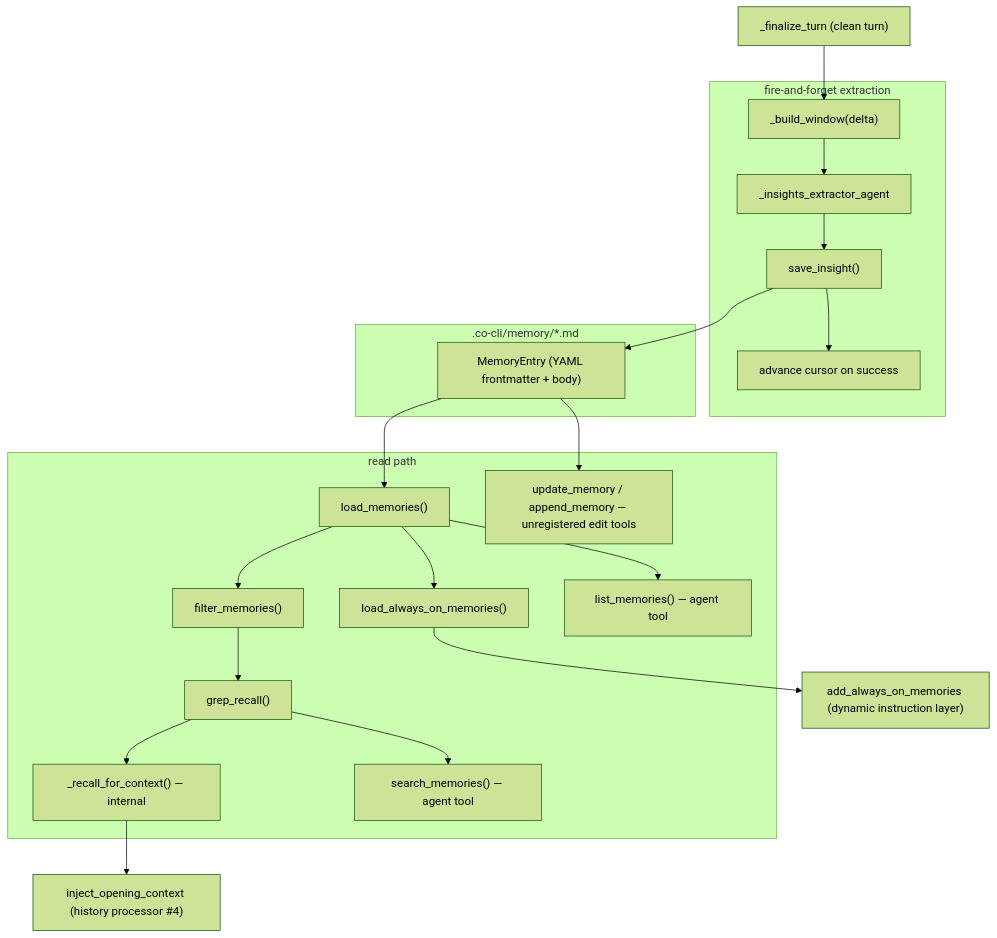
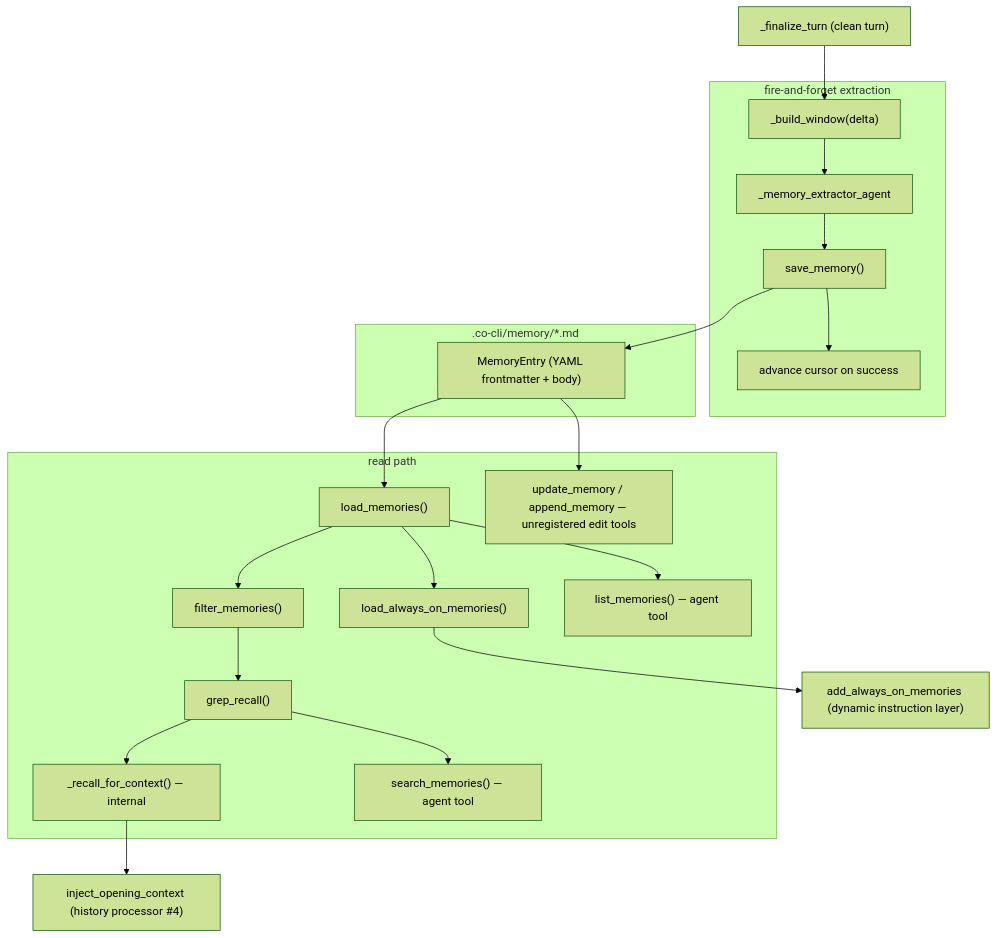
One commit to binlecode/co-cli changed the diagram in docs/specs/memory.md. Above: the diagram before and after it, drawn with Mermaid (forest theme). The commit also changed other lines of this file and 50 other files, not shown here.

````diff
--- a/docs/specs/memory.md
+++ b/docs/specs/memory.md
@@ -37,40 +34,40 @@
 ```mermaid
 flowchart TD
     Turn["_finalize_turn (clean turn)"]
 
     subgraph Extraction["fire-and-forget extraction"]
         Window["_build_window(delta)"]
-        Extractor["_insights_extractor_agent"]
-        SaveInsight["save_insight()"]
+        Extractor["_memory_extractor_agent"]
+        SaveMemory["save_memory()"]
         Cursor["advance cursor on success"]
     end
 
     subgraph Store[".co-cli/memory/*.md"]
         Files["MemoryEntry (YAML frontmatter + body)"]
     end
 
     subgraph ReadPath["read path"]
         Load["load_memories()"]
         Grep["grep_recall()"]
         Filter["filter_memories()"]
         AlwaysOn["load_always_on_memories()"]
         RecallCtx["_recall_for_context() — internal"]
         ToolSearch["search_memories() — agent tool"]
         ToolList["list_memories() — agent tool"]
         ToolEdit["update_memory / append_memory — unregistered edit tools"]
     end
 
-    Turn --> Window --> Extractor --> SaveInsight --> Files
-    SaveInsight --> Cursor
+    Turn --> Window --> Extractor --> SaveMemory --> Files
+    SaveMemory --> Cursor
 
     Files --> Load
     Load --> Filter --> Grep
     Load --> AlwaysOn
     Grep --> RecallCtx
     Grep --> ToolSearch
     Load --> ToolList
     Files --> ToolEdit
 
     RecallCtx --> Inject["inject_opening_context (history processor #4)"]
     AlwaysOn --> DynLayer["add_always_on_memories (dynamic instruction layer)"]
 ```
````
